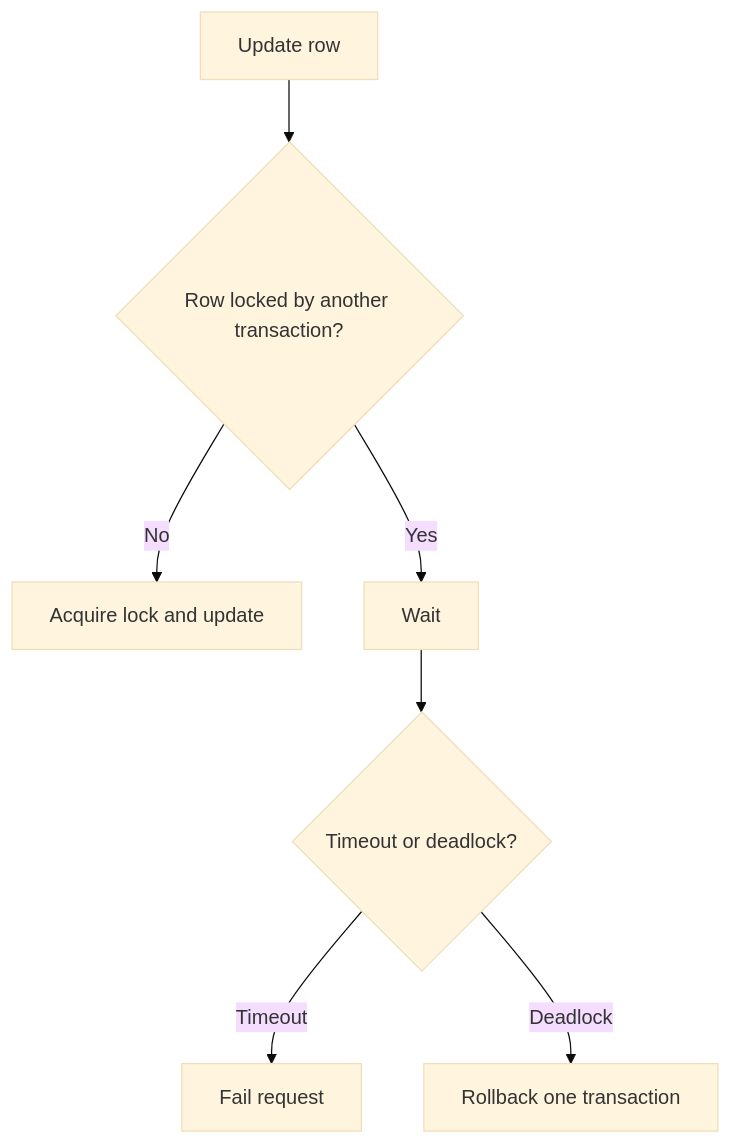
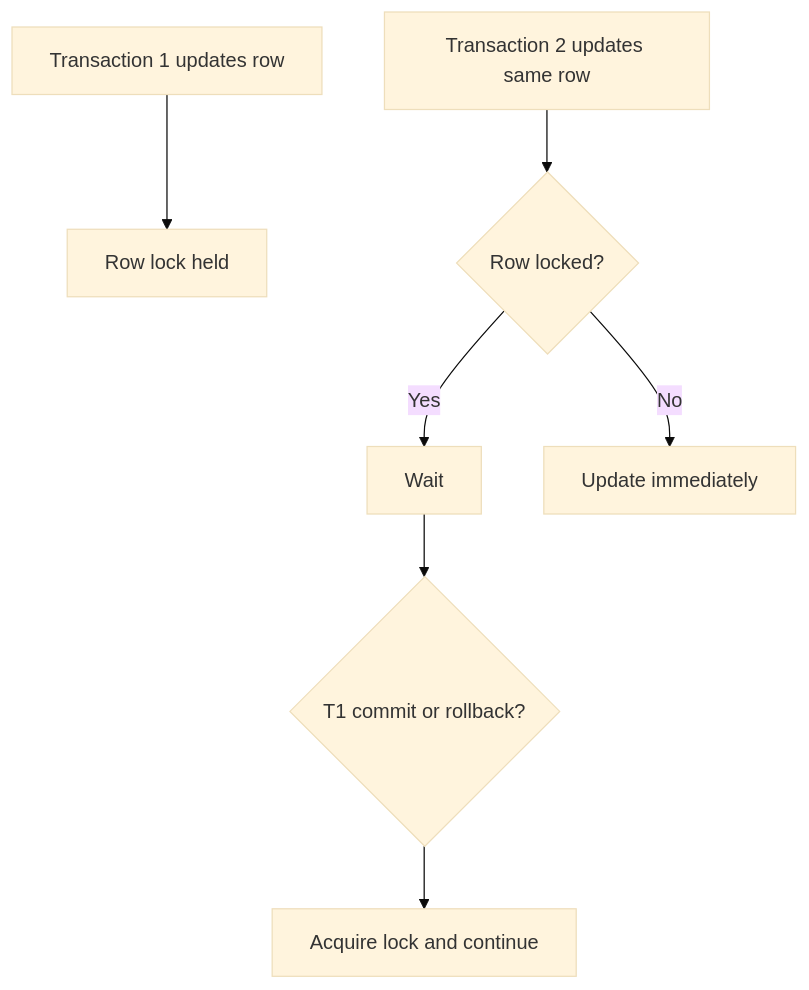
One commit to AmazingCaddy/readings-backend changed the first of 4 diagrams in docs/database/database-locks.md. Above: the diagram before and after it, drawn with Mermaid (base theme). The commit also changed other lines of this file, not shown here.

````diff
--- a/docs/database/database-locks.md
+++ b/docs/database/database-locks.md
@@ -9,9 +47,9 @@
 ```mermaid
 flowchart TD
-    A[Update row] --> B{Row locked by another transaction?}
-    B -->|No| C[Acquire lock and update]
-    B -->|Yes| D[Wait]
-    D --> E{Timeout or deadlock?}
-    E -->|Timeout| F[Fail request]
-    E -->|Deadlock| G[Rollback one transaction]
+    A[Transaction 1 updates row] --> B[Row lock held]
+    C[Transaction 2 updates same row] --> D{Row locked?}
+    D -->|Yes| E[Wait]
+    E --> F{T1 commit or rollback?}
+    F --> G[Acquire lock and continue]
+    D -->|No| H[Update immediately]
 ```
````
